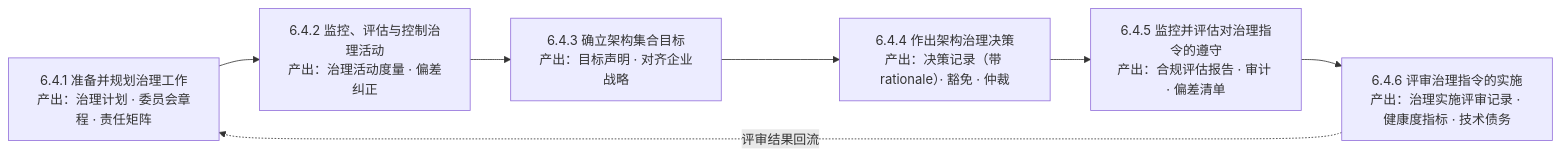
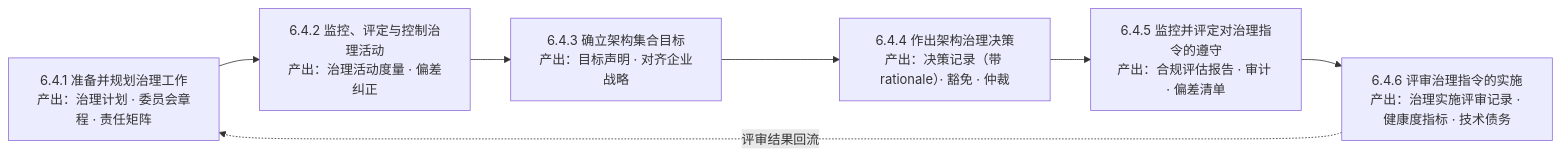
Diagram 21 of 21 in 100-subprojects/01-系统工程研究/00-系统工程相关研究报告/13-工程角色谱系研究报告-从模块工程师到系统架构师.md (Yongjunzhou/AOS-system-design), drawn with Mermaid before and after one commit. The commit also changed other lines of this file and 35 other files, not shown here.

````diff
--- a/100-subprojects/01-系统工程研究/00-系统工程相关研究报告/13-工程角色谱系研究报告-从模块工程师到系统架构师.md
+++ b/100-subprojects/01-系统工程研究/00-系统工程相关研究报告/13-工程角色谱系研究报告-从模块工程师到系统架构师.md
@@ -966,9 +969,9 @@
 ```mermaid
 flowchart LR
-    A1["6.4.1 准备并规划治理工作<br/>产出：治理计划 · 委员会章程 · 责任矩阵"] --> A2["6.4.2 监控、评估与控制治理活动<br/>产出：治理活动度量 · 偏差纠正"]
+    A1["6.4.1 准备并规划治理工作<br/>产出：治理计划 · 委员会章程 · 责任矩阵"] --> A2["6.4.2 监控、评定与控制治理活动<br/>产出：治理活动度量 · 偏差纠正"]
     A2 --> A3["6.4.3 确立架构集合目标<br/>产出：目标声明 · 对齐企业战略"]
     A3 --> A4["6.4.4 作出架构治理决策<br/>产出：决策记录（带 rationale）· 豁免 · 仲裁"]
-    A4 --> A5["6.4.5 监控并评估对治理指令的遵守<br/>产出：合规评估报告 · 审计 · 偏差清单"]
+    A4 --> A5["6.4.5 监控并评定对治理指令的遵守<br/>产出：合规评估报告 · 审计 · 偏差清单"]
     A5 --> A6["6.4.6 评审治理指令的实施<br/>产出：治理实施评审记录 · 健康度指标 · 技术债务"]
     A6 -.->|"评审结果回流"| A1
 ```
````
